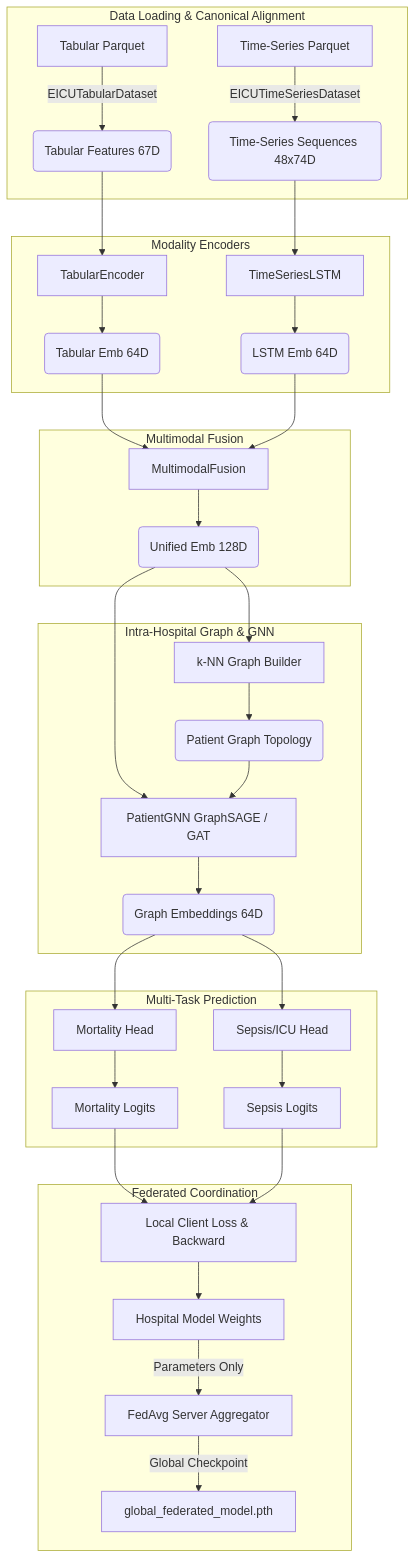
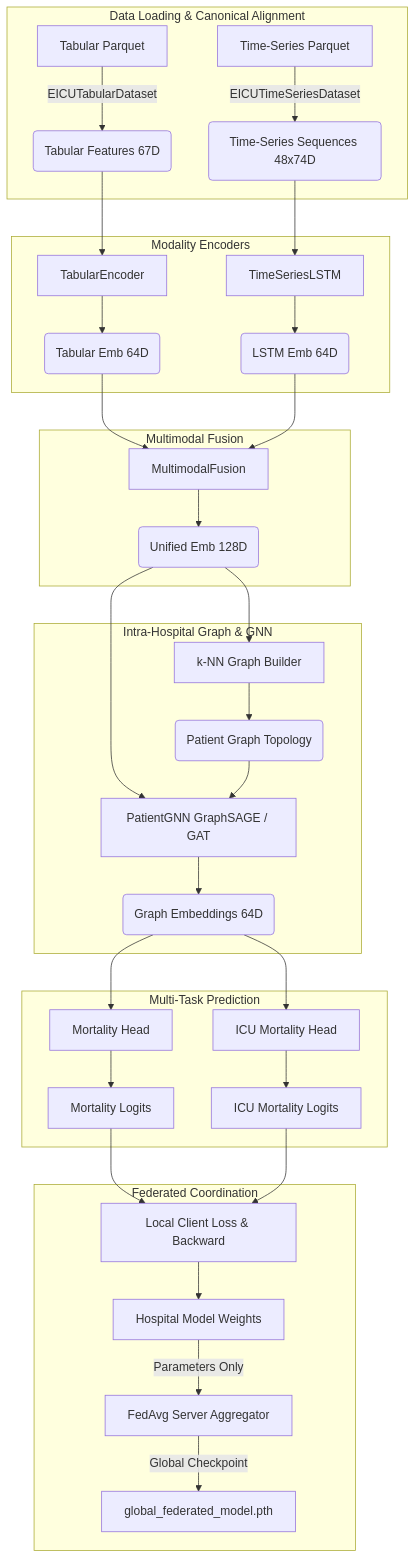
One commit to Patel-Menil/minorProject changed the diagram in pipeline_documentation.md. Above: the diagram before and after it, drawn with Mermaid. The commit also changed other lines of this file and 27 other files, not shown here.

````diff
--- a/pipeline_documentation.md
+++ b/pipeline_documentation.md
@@ -9,43 +13,43 @@
 ```mermaid
 flowchart TD
     subgraph Data Loading & Canonical Alignment
         A[Tabular Parquet] -->|EICUTabularDataset| B(Tabular Features 67D)
         C[Time-Series Parquet] -->|EICUTimeSeriesDataset| D(Time-Series Sequences 48x74D)
     end
 
     subgraph Modality Encoders
         B --> E[TabularEncoder]
         D --> F[TimeSeriesLSTM]
         E --> H(Tabular Emb 64D)
         F --> I(LSTM Emb 64D)
     end
 
     subgraph Multimodal Fusion
         H --> K[MultimodalFusion]
         I --> K
         K --> L(Unified Emb 128D)
     end
 
     subgraph Intra-Hospital Graph & GNN
         L --> M[k-NN Graph Builder]
         M --> N(Patient Graph Topology)
         L --> O[PatientGNN GraphSAGE / GAT]
         N --> O
         O --> P(Graph Embeddings 64D)
     end
 
     subgraph Multi-Task Prediction
         P --> Q1[Mortality Head]
-        P --> Q2[Sepsis/ICU Head]
+        P --> Q2[ICU Mortality Head]
         Q1 --> R1[Mortality Logits]
-        Q2 --> R2[Sepsis Logits]
+        Q2 --> R2[ICU Mortality Logits]
     end
 
     subgraph Federated Coordination
         R1 --> S[Local Client Loss & Backward]
         R2 --> S
         S --> T[Hospital Model Weights]
         T -->|Parameters Only| U[FedAvg Server Aggregator]
         U -->|Global Checkpoint| V[global_federated_model.pth]
     end
 ```
````
